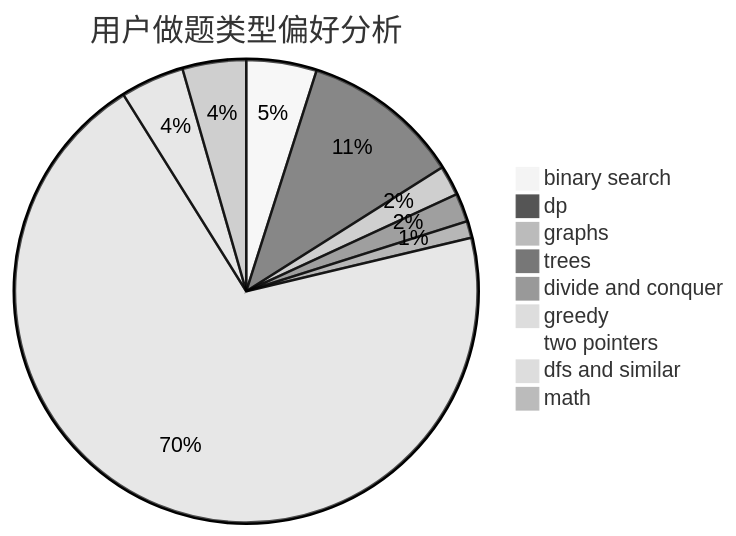
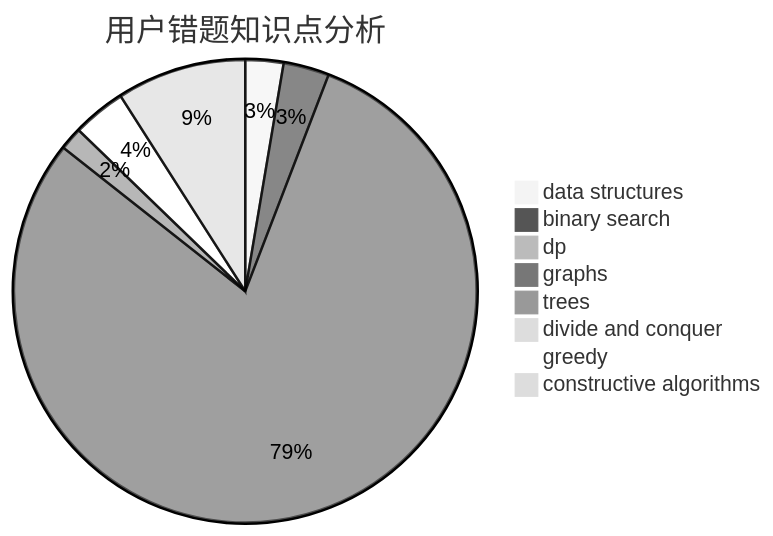
Before and after one commit to sherpahu/cfrs.github.io: the third of 3 diagrams in docs/user/u2650.md, drawn with Mermaid (neutral theme). The commit also changed other lines of this file and 2775 other files, not shown here.

````diff
--- a/docs/user/u2650.md
+++ b/docs/user/u2650.md
@@ -23,12 +36,11 @@
 ```mermaid
-pie title 用户做题类型偏好分析
-    "binary search" :  42
-    "dp" :  95
-    "graphs" :  18
-    "trees" :  17
-    "divide and conquer" :  10
-    "greedy" :  597
-    "two pointers" :  3
-    "dfs and similar" :  38
-    "math" :  38
+pie title 用户错题知识点分析
+    "data structures" :  5
+    "binary search" :  6
+    "dp" :  1
+    "graphs" :  150
+    "trees" :  3
+    "divide and conquer" :  0
+    "greedy" :  7
+    "constructive algorithms" :  17
 ```
````
